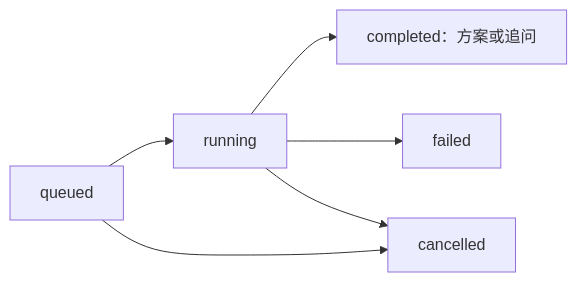
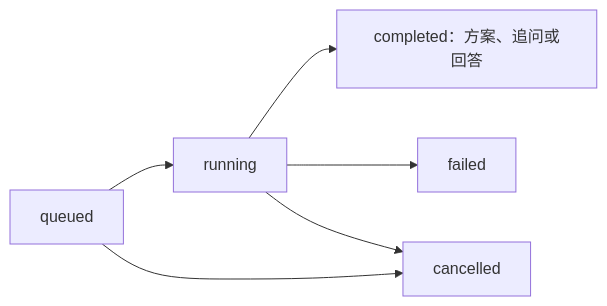
One commit to Viyangle/study_tour changed the diagram in docs/API.md. Above: the diagram before and after it, drawn with Mermaid. The commit also changed other lines of this file and 26 other files, not shown here.

````diff
--- a/docs/API.md
+++ b/docs/API.md
@@ -168,8 +170,8 @@
 ```mermaid
 flowchart LR
     Q["queued"] --> R["running"]
     Q --> X["cancelled"]
-    R --> C["completed：方案或追问"]
+    R --> C["completed：方案、追问或回答"]
     R --> F["failed"]
     R --> X
 ```
````
